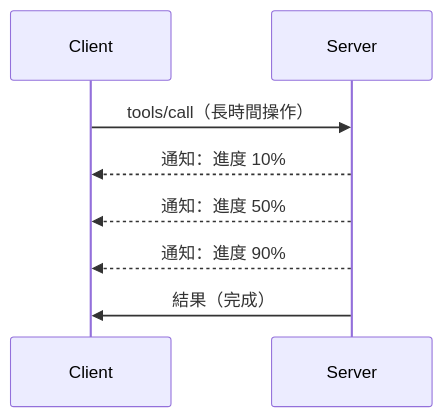
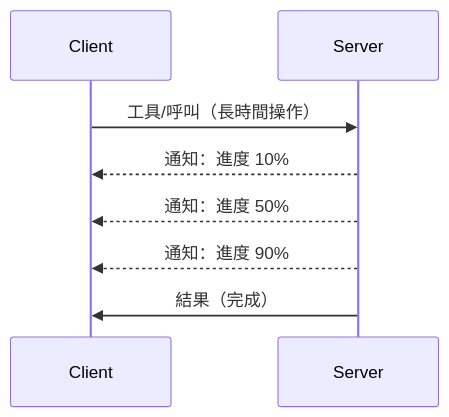
The diagram in mcp_ecosystem__model_context_protocol/mcp_learning_resources/mcp-for-beginners/translations/zh-TW/05-AdvancedTopics/mcp-protocol-features/README.md (HIDORAKAI002/ai-workspace-archive), drawn with Mermaid before and after one commit. The commit also changed other lines of this file and 1046 other files, not shown here.

````diff
--- a/mcp_ecosystem__model_context_protocol/mcp_learning_resources/mcp-for-beginners/translations/zh-TW/05-AdvancedTopics/mcp-protocol-features/README.md
+++ b/mcp_ecosystem__model_context_protocol/mcp_learning_resources/mcp-for-beginners/translations/zh-TW/05-AdvancedTopics/mcp-protocol-features/README.md
@@ -22,11 +24,11 @@
 ```mermaid
 sequenceDiagram
     participant Client
     participant Server
     
-    Client->>Server: tools/call（長時間操作）
+    Client->>Server: 工具/呼叫（長時間操作）
     Server-->>Client: 通知：進度 10%
     Server-->>Client: 通知：進度 50%
     Server-->>Client: 通知：進度 90%
     Server->>Client: 結果（完成）
 ```
````
